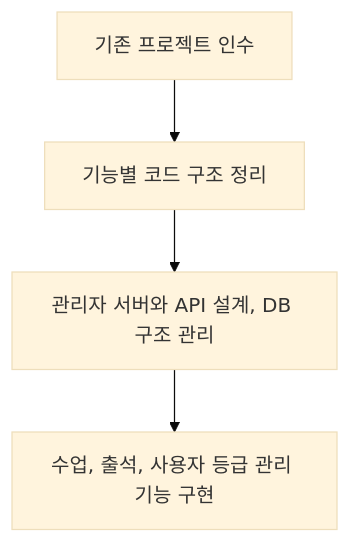
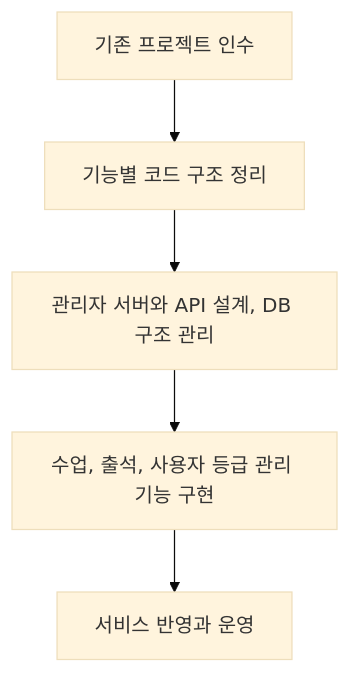
Before and after one commit to KimHG1995/work-history: the diagram in projects/education-services/b2c-admin.md, drawn with Mermaid (base theme). The commit also changed other lines of this file and 15 other files, not shown here.

Commit message:
docs: 전체 프로젝트의 서비스 반영과 운영 경험 명시

````diff
--- a/projects/education-services/b2c-admin.md
+++ b/projects/education-services/b2c-admin.md
@@ -32,6 +32,7 @@
 ```mermaid
 flowchart TD
     handover["기존 프로젝트 인수"] --> organize["기능별 코드 구조 정리"]
     organize --> api["관리자 서버와 API 설계, DB 구조 관리"]
     api --> features["수업, 출석, 사용자 등급 관리 기능 구현"]
+    features --> operation["서비스 반영과 운영"]
 ```
````
